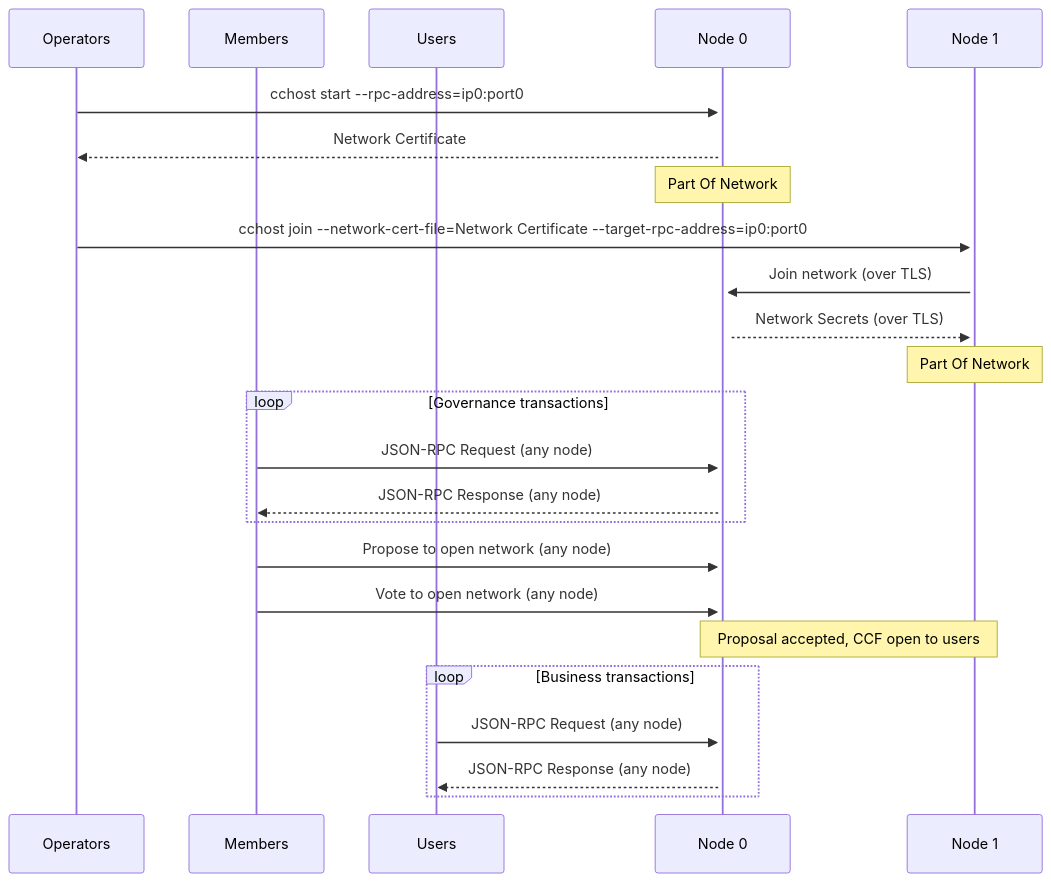
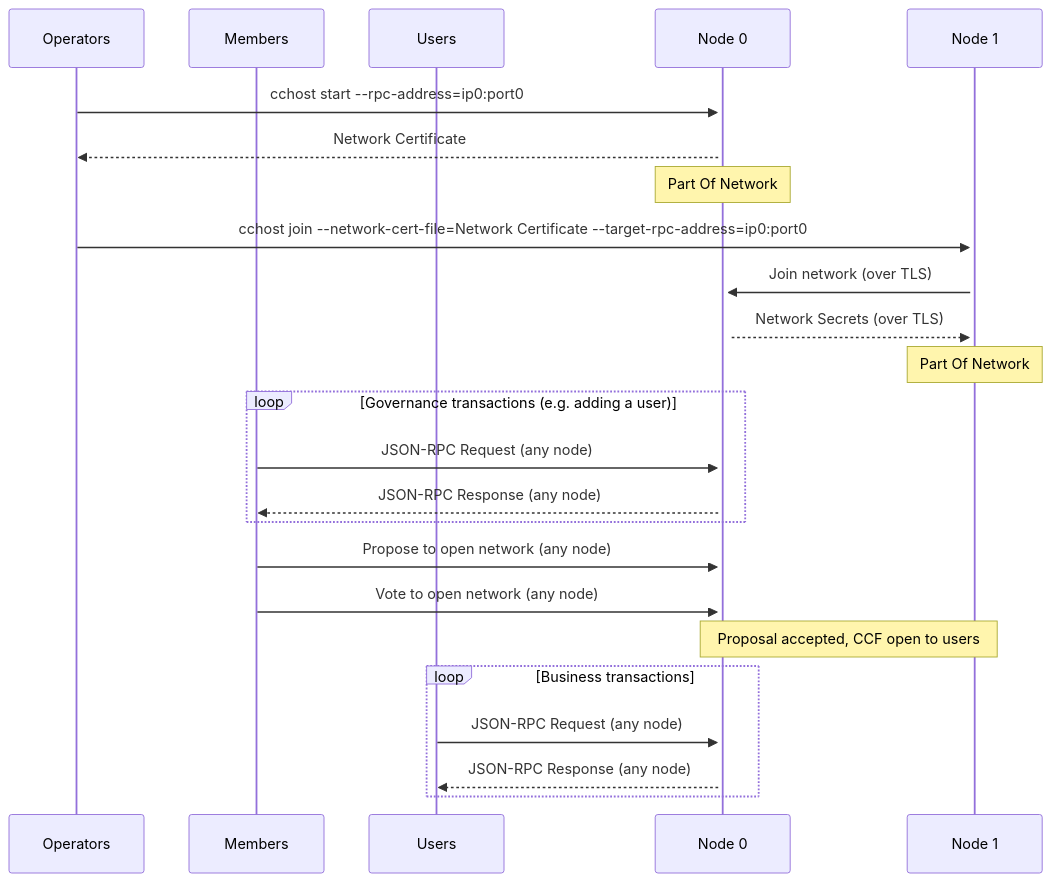
One commit to microsoft/CCF changed the diagram in sphinx/source/start_network.rst. Above: the diagram before and after it, drawn with Mermaid. The commit also changed other lines of this file, not shown here.

```diff
--- a/sphinx/source/start_network.rst
+++ b/sphinx/source/start_network.rst
@@ -81,34 +107,34 @@
 .. mermaid::
 
     sequenceDiagram
         participant Operators
         participant Members
         participant Users
         participant Node 0
         participant Node 1
 
         Operators->>+Node 0: cchost start --rpc-address=ip0:port0
         Node 0-->>Operators: Network Certificate
         Note over Node 0: Part Of Network
 
         Operators->>+Node 1: cchost join --network-cert-file=Network Certificate --target-rpc-address=ip0:port0
 
         Node 1->>+Node 0: Join network (over TLS)
         Node 0-->>Node 1: Network Secrets (over TLS)
 
         Note over Node 1: Part Of Network
 
-        loop Governance transactions
+        loop Governance transactions (e.g. adding a user)
             Members->>+Node 0: JSON-RPC Request (any node)
             Node 0-->>Members: JSON-RPC Response (any node)
         end
 
         Members->>+Node 0: Propose to open network (any node)
         Members->>+Node 0: Vote to open network (any node)
         Note over Node 0, Node 1: Proposal accepted, CCF open to users
 
 
         loop Business transactions
             Users->>+Node 0: JSON-RPC Request (any node)
             Node 0-->>Users: JSON-RPC Response (any node)
         end
```
